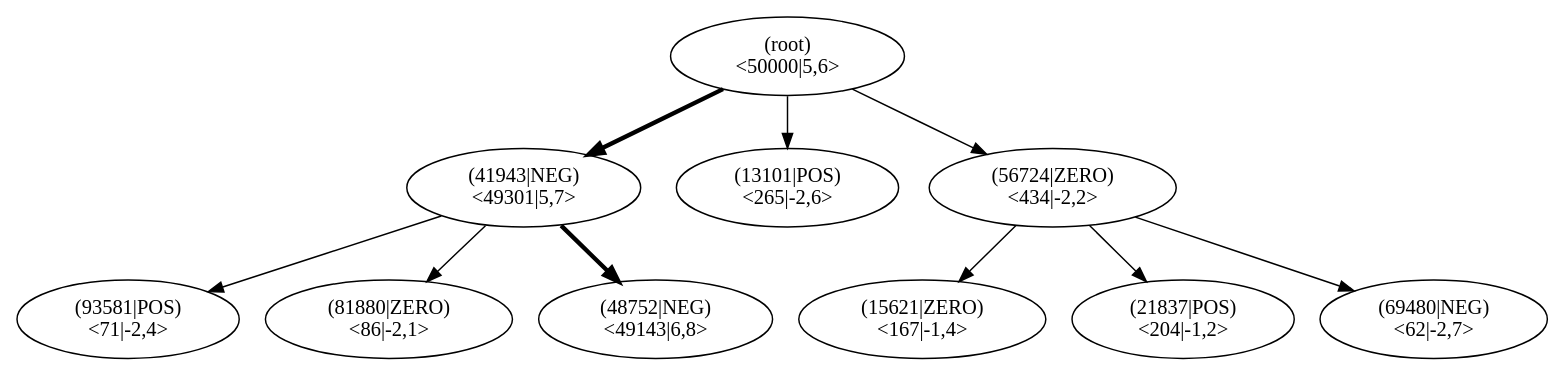
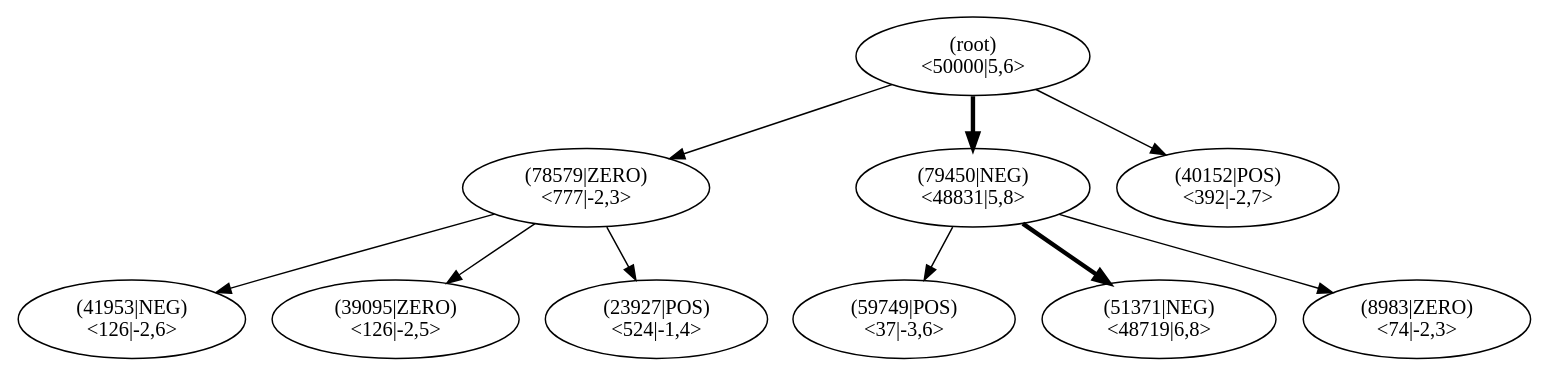
One commit to JonasHellgren/relexp-java changed the diagram in pictures/ch13/lane_test_mcts.dot. Above: the diagram before and after it, drawn with Graphviz. The commit also changed 57 other files, not shown here.

```diff
--- a/pictures/ch13/lane_test_mcts.dot
+++ b/pictures/ch13/lane_test_mcts.dot
@@ -1,32 +1,32 @@
 digraph MCTS {
 node [shape=ellipse];
 Nroot [label="(root)
 <50000|5,6>"];
-Nroot -> N41943[penwidth=3];
-N41943 [label="(41943|NEG)
-<49301|5,7>"];
-N41943 -> N93581[penwidth=1];
-N93581 [label="(93581|POS)
-<71|-2,4>"];
-N41943 -> N81880[penwidth=1];
-N81880 [label="(81880|ZERO)
-<86|-2,1>"];
-N41943 -> N48752[penwidth=3];
-N48752 [label="(48752|NEG)
-<49143|6,8>"];
-Nroot -> N13101[penwidth=1];
-N13101 [label="(13101|POS)
-<265|-2,6>"];
-Nroot -> N56724[penwidth=1];
-N56724 [label="(56724|ZERO)
-<434|-2,2>"];
-N56724 -> N15621[penwidth=1];
-N15621 [label="(15621|ZERO)
-<167|-1,4>"];
-N56724 -> N21837[penwidth=1];
-N21837 [label="(21837|POS)
-<204|-1,2>"];
-N56724 -> N69480[penwidth=1];
-N69480 [label="(69480|NEG)
-<62|-2,7>"];
+Nroot -> N78579[penwidth=1];
+N78579 [label="(78579|ZERO)
+<777|-2,3>"];
+N78579 -> N41953[penwidth=1];
+N41953 [label="(41953|NEG)
+<126|-2,6>"];
+N78579 -> N39095[penwidth=1];
+N39095 [label="(39095|ZERO)
+<126|-2,5>"];
+N78579 -> N23927[penwidth=1];
+N23927 [label="(23927|POS)
+<524|-1,4>"];
+Nroot -> N79450[penwidth=3];
+N79450 [label="(79450|NEG)
+<48831|5,8>"];
+N79450 -> N59749[penwidth=1];
+N59749 [label="(59749|POS)
+<37|-3,6>"];
+N79450 -> N51371[penwidth=3];
+N51371 [label="(51371|NEG)
+<48719|6,8>"];
+N79450 -> N8983[penwidth=1];
+N8983 [label="(8983|ZERO)
+<74|-2,3>"];
+Nroot -> N40152[penwidth=1];
+N40152 [label="(40152|POS)
+<392|-2,7>"];
 }
```
